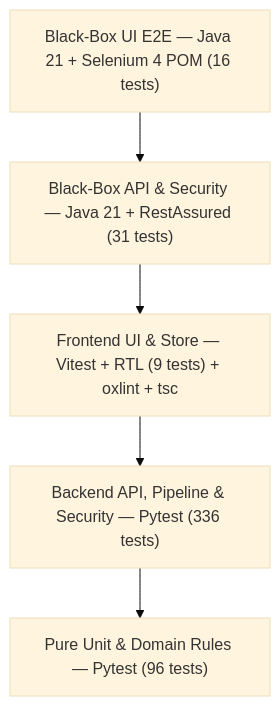
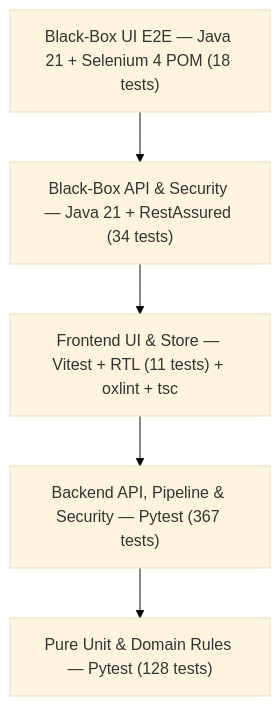
Before and after one commit to talevi83/SubBuildStudio: the diagram in README.md, drawn with Mermaid (base theme). The commit also changed other lines of this file and 49 other files, not shown here.

````diff
--- a/README.md
+++ b/README.md
@@ -393,9 +393,9 @@
 ```mermaid
 flowchart TD
-    E2E["Black-Box UI E2E — Java 21 + Selenium 4 POM (16 tests)"]
-    BAPI["Black-Box API & Security — Java 21 + RestAssured (31 tests)"]
-    FE["Frontend UI & Store — Vitest + RTL (9 tests) + oxlint + tsc"]
-    PIPE["Backend API, Pipeline & Security — Pytest (336 tests)"]
-    UNIT["Pure Unit & Domain Rules — Pytest (96 tests)"]
+    E2E["Black-Box UI E2E — Java 21 + Selenium 4 POM (18 tests)"]
+    BAPI["Black-Box API & Security — Java 21 + RestAssured (34 tests)"]
+    FE["Frontend UI & Store — Vitest + RTL (11 tests) + oxlint + tsc"]
+    PIPE["Backend API, Pipeline & Security — Pytest (367 tests)"]
+    UNIT["Pure Unit & Domain Rules — Pytest (128 tests)"]
     E2E --> BAPI --> FE --> PIPE --> UNIT
 ```
````
